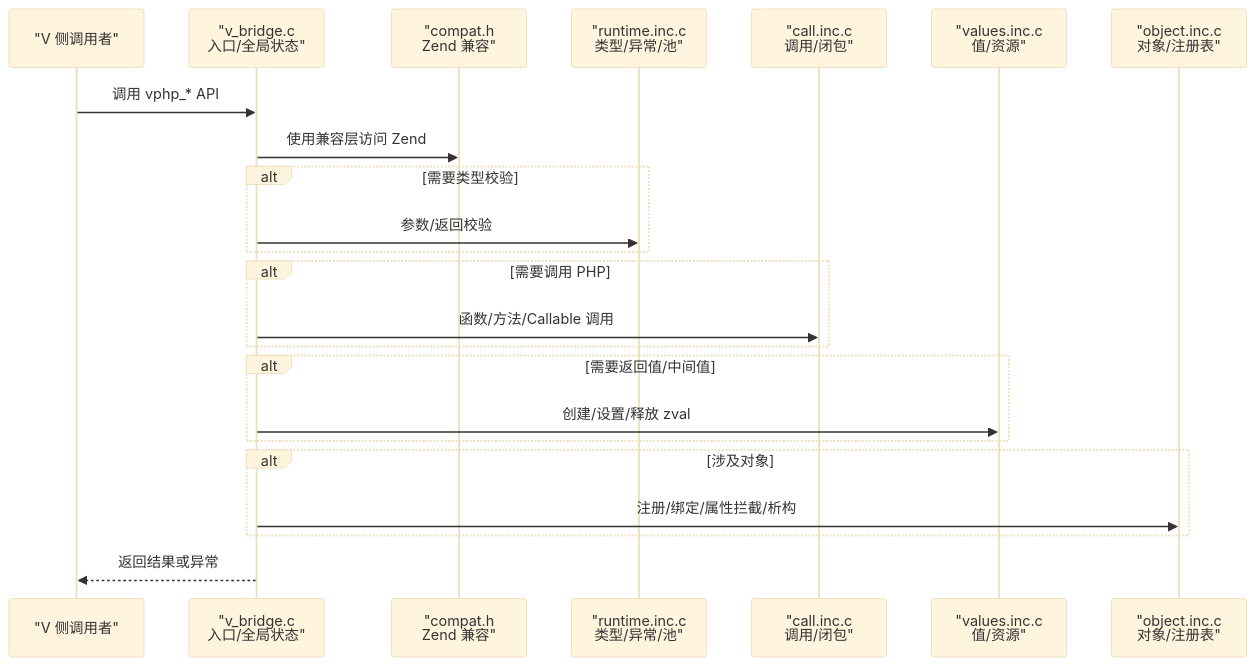
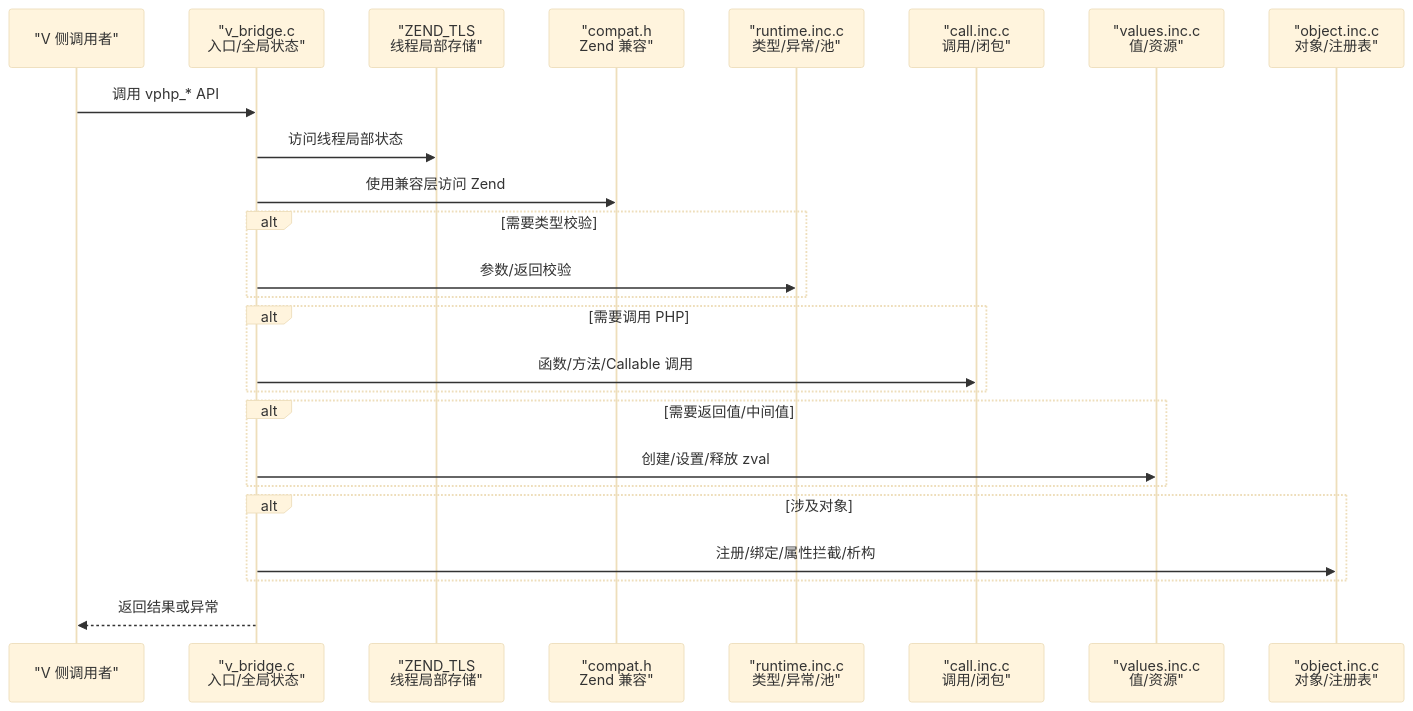
The second of 6 diagrams in .qoder/repowiki/zh/content/Bridge 与 FFI 层.md (guweigang/vphpx), drawn with Mermaid (base theme) before and after one commit. The commit also changed other lines of this file and 13 other files, not shown here.

````diff
--- a/.qoder/repowiki/zh/content/Bridge 与 FFI 层.md
+++ b/.qoder/repowiki/zh/content/Bridge 与 FFI 层.md
@@ -91,25 +106,27 @@
 ```mermaid
 sequenceDiagram
 participant Caller as "V 侧调用者"
 participant Bridge as "v_bridge.c<br/>入口/全局状态"
+participant TLS as "ZEND_TLS<br/>线程局部存储"
 participant Compat as "compat.h<br/>Zend 兼容"
 participant Runtime as "runtime.inc.c<br/>类型/异常/池"
 participant Call as "call.inc.c<br/>调用/闭包"
 participant Values as "values.inc.c<br/>值/资源"
 participant Object as "object.inc.c<br/>对象/注册表"
 Caller->>Bridge : 调用 vphp_* API
+Bridge->>TLS : 访问线程局部状态
 Bridge->>Compat : 使用兼容层访问 Zend
 alt 需要类型校验
 Bridge->>Runtime : 参数/返回校验
 end
 alt 需要调用 PHP
 Bridge->>Call : 函数/方法/Callable 调用
 end
 alt 需要返回值/中间值
 Bridge->>Values : 创建/设置/释放 zval
 end
 alt 涉及对象
 Bridge->>Object : 注册/绑定/属性拦截/析构
 end
 Bridge-->>Caller : 返回结果或异常
 ```
````
